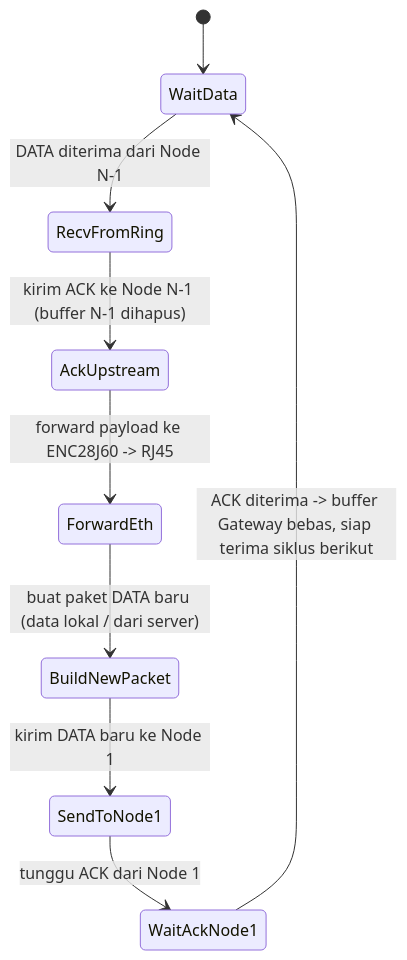
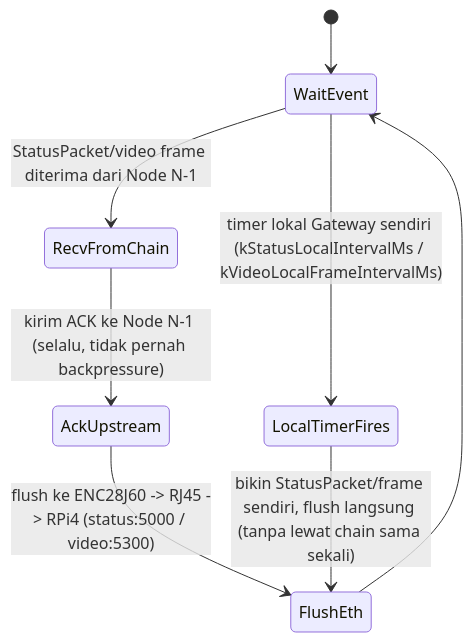
One commit to AndhikaFW/ESP32-S3-RAP changed the second of 2 diagrams in docs/network/topology.md. Above: the diagram before and after it, drawn with Mermaid. The commit also changed other lines of this file and 25 other files, not shown here.

First line of the commit message:
Redesign as independent per-node chain, add video/status uplink to RPi4

````diff
--- a/docs/network/topology.md
+++ b/docs/network/topology.md
@@ -72,11 +78,10 @@
 ```mermaid
 stateDiagram-v2
-    [*] --> WaitData
-    WaitData --> RecvFromRing: DATA diterima dari Node N-1
-    RecvFromRing --> AckUpstream: kirim ACK ke Node N-1 (buffer N-1 dihapus)
-    AckUpstream --> ForwardEth: forward payload ke ENC28J60 -> RJ45
-    ForwardEth --> BuildNewPacket: buat paket DATA baru (data lokal / dari server)
-    BuildNewPacket --> SendToNode1: kirim DATA baru ke Node 1
-    SendToNode1 --> WaitAckNode1: tunggu ACK dari Node 1
-    WaitAckNode1 --> WaitData: ACK diterima -> buffer Gateway bebas, siap terima siklus berikut
+    [*] --> WaitEvent
+    WaitEvent --> RecvFromChain: StatusPacket/video frame diterima dari Node N-1
+    RecvFromChain --> AckUpstream: kirim ACK ke Node N-1 (selalu, tidak pernah backpressure)
+    AckUpstream --> FlushEth: flush ke ENC28J60 -> RJ45 -> RPi4 (status:5000 / video:5300)
+    FlushEth --> WaitEvent
+    WaitEvent --> LocalTimerFires: timer lokal Gateway sendiri (kStatusLocalIntervalMs / kVideoLocalFrameIntervalMs)
+    LocalTimerFires --> FlushEth: bikin StatusPacket/frame sendiri, flush langsung (tanpa lewat chain sama sekali)
 ```
````
